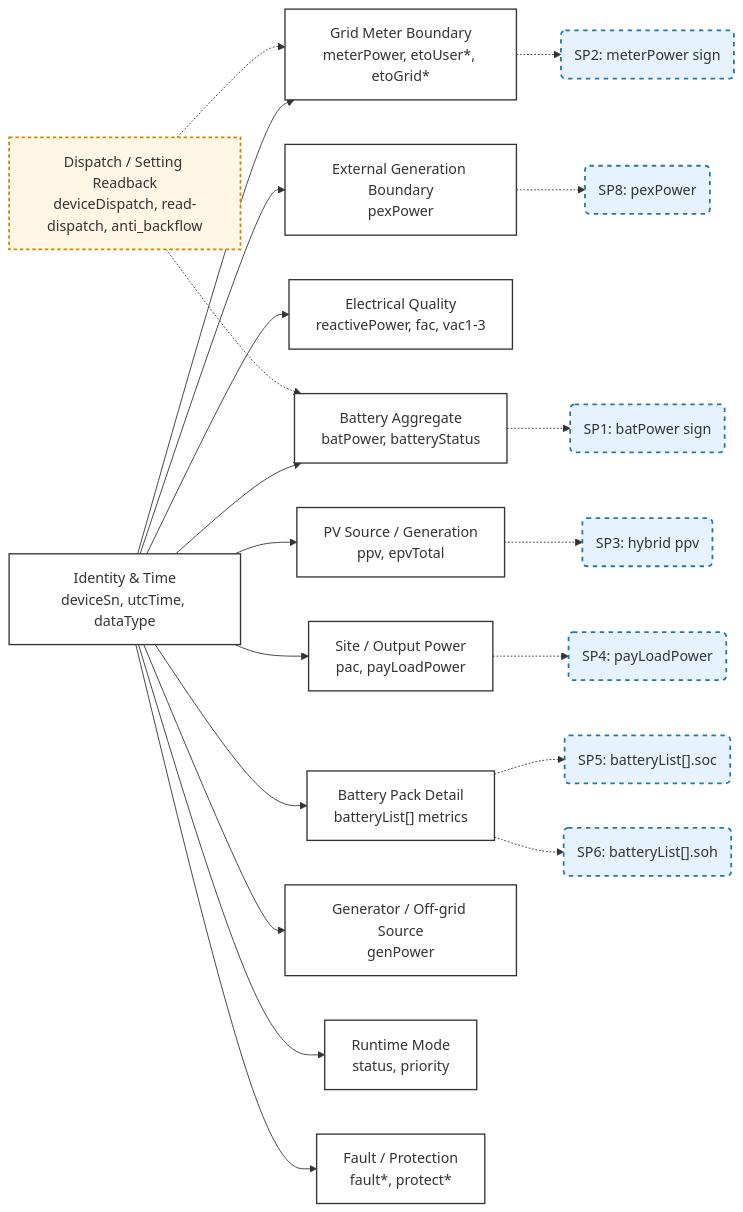
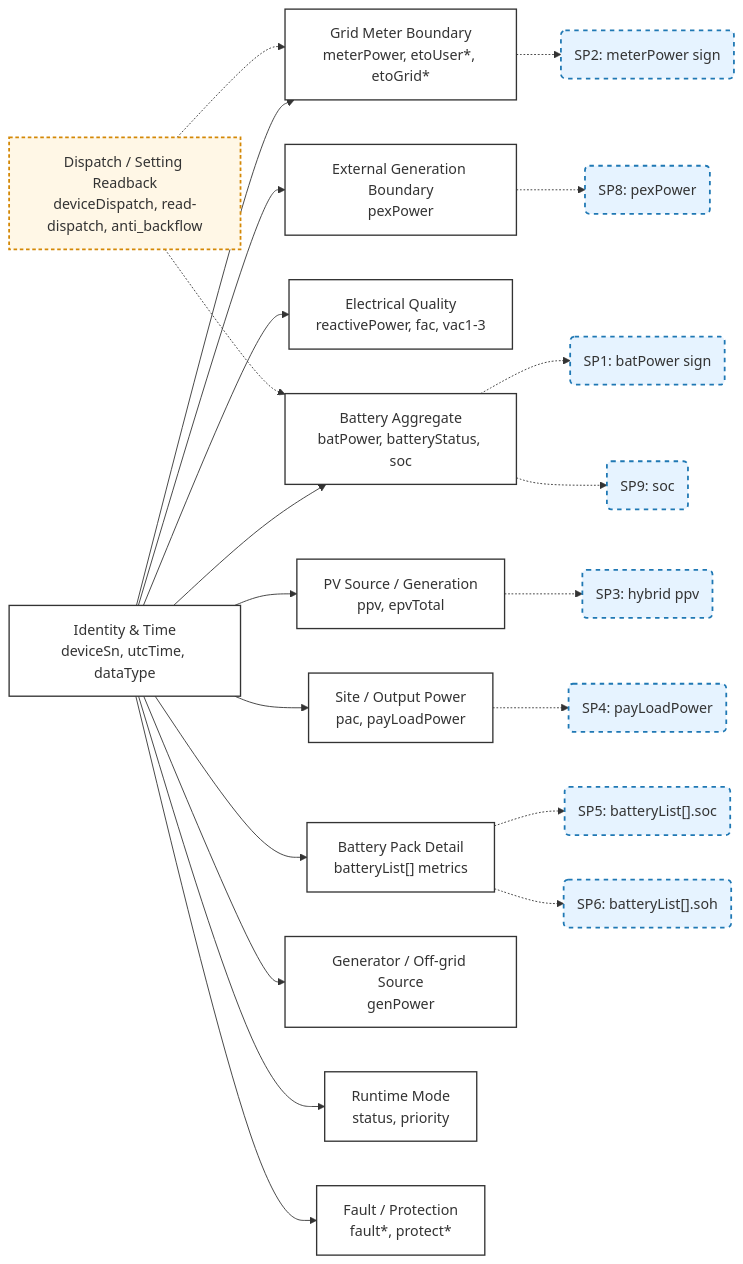
Before and after one commit to EugeneJian/growatt-unified-api: the sixth of 8 diagrams in Growatt API/OPENAPI/13_ess_semantic_model.md, drawn with Mermaid. The commit also changed other lines of this file and 26 other files, not shown here.

````diff
--- a/Growatt API/OPENAPI/13_ess_semantic_model.md
+++ b/Growatt API/OPENAPI/13_ess_semantic_model.md
@@ -323,53 +328,55 @@
 ```mermaid
 flowchart LR
 
     classDef block fill:#ffffff,stroke:#333,stroke-width:1.5px;
     classDef semantic fill:#e6f3ff,stroke:#1f78b4,stroke-width:2px,stroke-dasharray: 5 5;
     classDef dispatch fill:#fff7e6,stroke:#d48806,stroke-width:2px,stroke-dasharray: 4 3;
 
     Meta["Identity & Time<br/>deviceSn, utcTime, dataType"]
     GridMeterBlock["Grid Meter Boundary<br/>meterPower, etoUser*, etoGrid*"]
     ExternalGenerationBlock["External Generation Boundary<br/>pexPower"]
     Electrical["Electrical Quality<br/>reactivePower, fac, vac1-3"]
     PVBlock["PV Source / Generation<br/>ppv, epvTotal"]
     SiteBlock["Site / Output Power<br/>pac, payLoadPower"]
-    BatteryAgg["Battery Aggregate<br/>batPower, batteryStatus"]
+    BatteryAgg["Battery Aggregate<br/>batPower, batteryStatus, soc"]
     BatteryPack["Battery Pack Detail<br/>batteryList[] metrics"]
     GeneratorBlock["Generator / Off-grid Source<br/>genPower"]
     Runtime["Runtime Mode<br/>status, priority"]
     Fault["Fault / Protection<br/>fault*, protect*"]
 
     SP1("SP1: batPower sign")
     SP2("SP2: meterPower sign")
     SP3("SP3: hybrid ppv")
     SP4("SP4: payLoadPower")
     SP5("SP5: batteryList[].soc")
     SP6("SP6: batteryList[].soh")
     SP8("SP8: pexPower")
+    SP9("SP9: soc")
     Dispatch["Dispatch / Setting Readback<br/>deviceDispatch, read-dispatch, anti_backflow"]
 
     Meta --> GridMeterBlock
     Meta --> ExternalGenerationBlock
     Meta --> Electrical
     Meta --> PVBlock
     Meta --> SiteBlock
     Meta --> BatteryAgg
     Meta --> BatteryPack
     Meta --> GeneratorBlock
     Meta --> Runtime
     Meta --> Fault
 
     GridMeterBlock -.-> SP2
     ExternalGenerationBlock -.-> SP8
     PVBlock -.-> SP3
     SiteBlock -.-> SP4
     BatteryAgg -.-> SP1
+    BatteryAgg -.-> SP9
     BatteryPack -.-> SP5
     BatteryPack -.-> SP6
     Dispatch -.-> BatteryAgg
     Dispatch -.-> GridMeterBlock
 
     class Meta,GridMeterBlock,ExternalGenerationBlock,Electrical,PVBlock,SiteBlock,BatteryAgg,BatteryPack,GeneratorBlock,Runtime,Fault block;
-    class SP1,SP2,SP3,SP4,SP5,SP6,SP8 semantic;
+    class SP1,SP2,SP3,SP4,SP5,SP6,SP8,SP9 semantic;
     class Dispatch dispatch;
 ```
````
